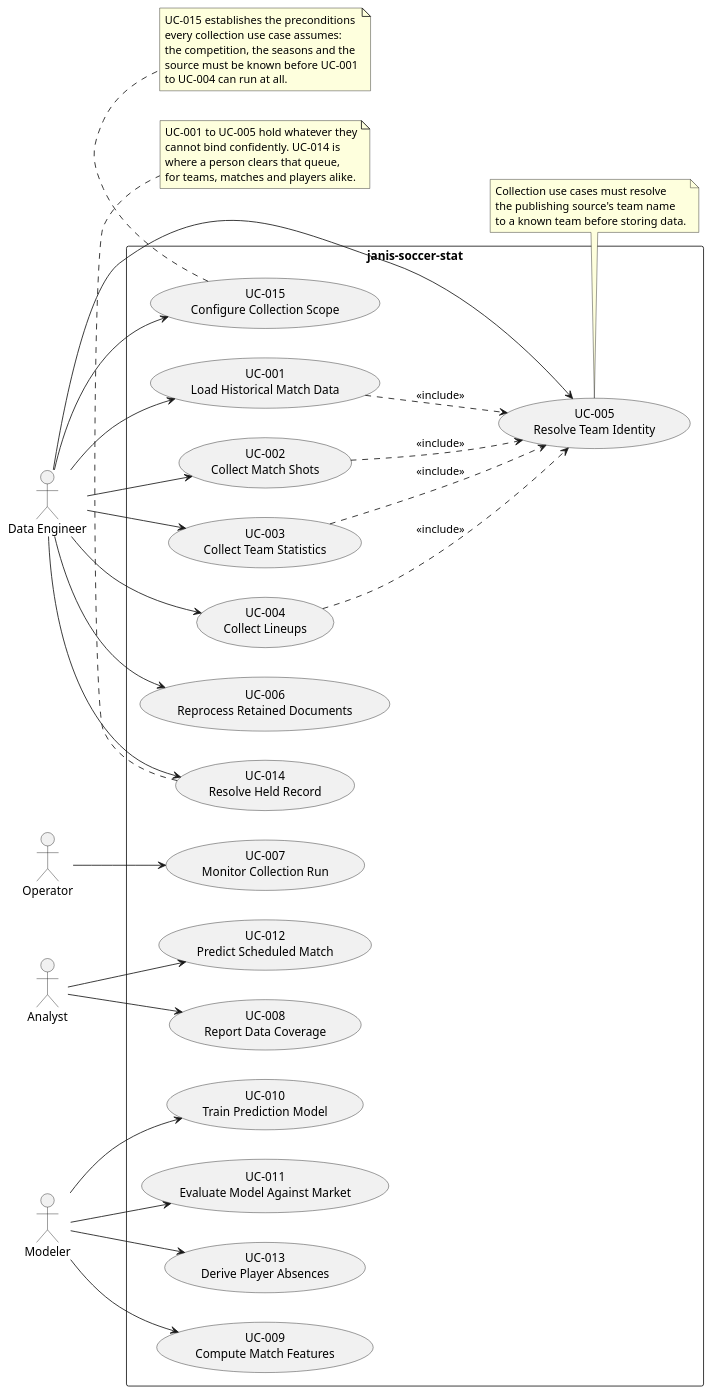
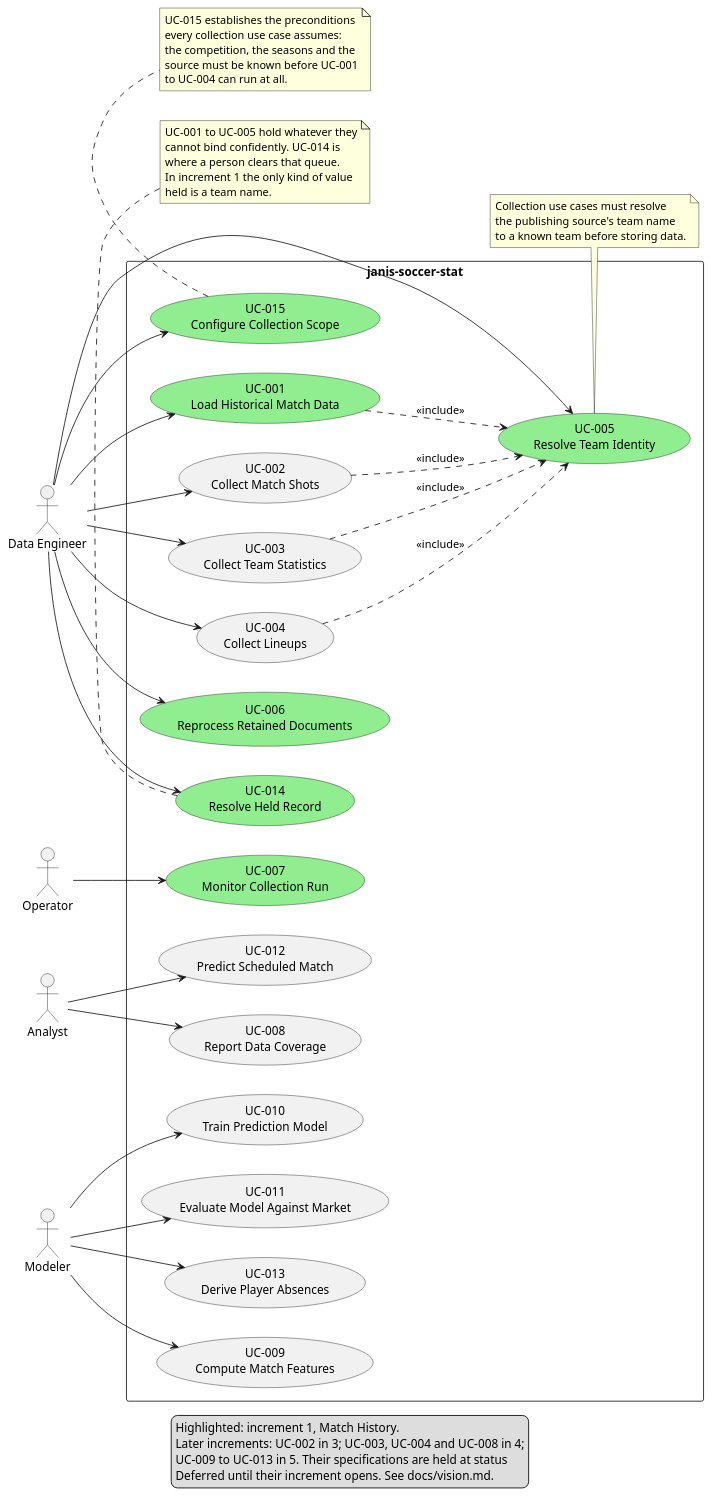
Before and after one commit to MrRios507/janis-soccer-stat: the diagram in docs/use_cases.puml, drawn with PlantUML. The commit also changed 28 other files, not shown here.

```diff
--- a/docs/use_cases.puml
+++ b/docs/use_cases.puml
@@ -1,87 +1,95 @@
 @startuml Use Cases Overview
 left to right direction
 
 actor "Data Engineer" as engineer
 actor "Operator" as operator
 actor "Analyst" as analyst
 actor "Modeler" as modeler
 
 rectangle "janis-soccer-stat" {
-    ' Traces to FR-001, FR-011, FR-012, FR-013
-    usecase "UC-001\nLoad Historical Match Data" as UC001
-    ' Traces to FR-002
+    ' Increment 1. Traces to FR-001, FR-011, FR-012; FR-013 arrives with increment 2
+    usecase "UC-001\nLoad Historical Match Data" as UC001 #LightGreen
+    ' Increment 3. Traces to FR-002
     usecase "UC-002\nCollect Match Shots" as UC002
-    ' Traces to FR-003
+    ' Increment 4. Traces to FR-003
     usecase "UC-003\nCollect Team Statistics" as UC003
-    ' Traces to FR-004
+    ' Increment 4. Traces to FR-004
     usecase "UC-004\nCollect Lineups" as UC004
-    ' Traces to FR-008, FR-009, FR-010
-    usecase "UC-005\nResolve Team Identity" as UC005
-    ' Traces to FR-006, FR-007
-    usecase "UC-006\nReprocess Retained Documents" as UC006
-    ' Traces to FR-005, FR-022
-    usecase "UC-007\nMonitor Collection Run" as UC007
-    ' Traces to FR-023, FR-024
+    ' Increment 1. Traces to FR-009, FR-010; FR-008 arrives with increment 3
+    usecase "UC-005\nResolve Team Identity" as UC005 #LightGreen
+    ' Increment 1. Traces to FR-006, FR-007
+    usecase "UC-006\nReprocess Retained Documents" as UC006 #LightGreen
+    ' Increment 1. Traces to FR-005, FR-022
+    usecase "UC-007\nMonitor Collection Run" as UC007 #LightGreen
+    ' Increment 4. Traces to FR-023, FR-024
     usecase "UC-008\nReport Data Coverage" as UC008
-    ' Traces to FR-014, FR-015, FR-016
+    ' Increment 5. Traces to FR-014, FR-015, FR-016
     usecase "UC-009\nCompute Match Features" as UC009
-    ' Traces to FR-017, FR-018
+    ' Increment 5. Traces to FR-017, FR-018
     usecase "UC-010\nTrain Prediction Model" as UC010
-    ' Traces to FR-020, FR-021
+    ' Increment 5. Traces to FR-020, FR-021
     usecase "UC-011\nEvaluate Model Against Market" as UC011
-    ' Traces to FR-019
+    ' Increment 5. Traces to FR-019
     usecase "UC-012\nPredict Scheduled Match" as UC012
-    ' Traces to FR-025
+    ' Increment 5. Traces to FR-025
     usecase "UC-013\nDerive Player Absences" as UC013
-    ' Traces to FR-010
-    usecase "UC-014\nResolve Held Record" as UC014
-    ' Traces to FR-026, FR-027, FR-028
-    usecase "UC-015\nConfigure Collection Scope" as UC015
+    ' Increment 1. Traces to FR-010
+    usecase "UC-014\nResolve Held Record" as UC014 #LightGreen
+    ' Increment 1. Traces to FR-026, FR-027; FR-028 arrives with increment 4
+    usecase "UC-015\nConfigure Collection Scope" as UC015 #LightGreen
 }
 
 engineer --> UC001
 engineer --> UC002
 engineer --> UC003
 engineer --> UC004
 engineer --> UC005
 engineer --> UC006
 engineer --> UC014
 engineer --> UC015
 
 operator --> UC007
 
 analyst --> UC008
 analyst --> UC012
 
 modeler --> UC009
 modeler --> UC010
 modeler --> UC011
 modeler --> UC013
 
 UC001 ..> UC005 : <<include>>
 UC002 ..> UC005 : <<include>>
 UC003 ..> UC005 : <<include>>
 UC004 ..> UC005 : <<include>>
 
 note bottom of UC005
   Collection use cases must resolve
   the publishing source's team name
   to a known team before storing data.
 end note
 
 note bottom of UC014
   UC-001 to UC-005 hold whatever they
   cannot bind confidently. UC-014 is
-  where a person clears that queue,
-  for teams, matches and players alike.
+  where a person clears that queue.
+  In increment 1 the only kind of value
+  held is a team name.
 end note
 
 note bottom of UC015
   UC-015 establishes the preconditions
   every collection use case assumes:
   the competition, the seasons and the
   source must be known before UC-001
   to UC-004 can run at all.
 end note
 
+legend bottom
+  Highlighted: increment 1, Match History.
+  Later increments: UC-002 in 3; UC-003, UC-004 and UC-008 in 4;
+  UC-009 to UC-013 in 5. Their specifications are held at status
+  Deferred until their increment opens. See docs/vision.md.
+end legend
+
 @enduml
```
